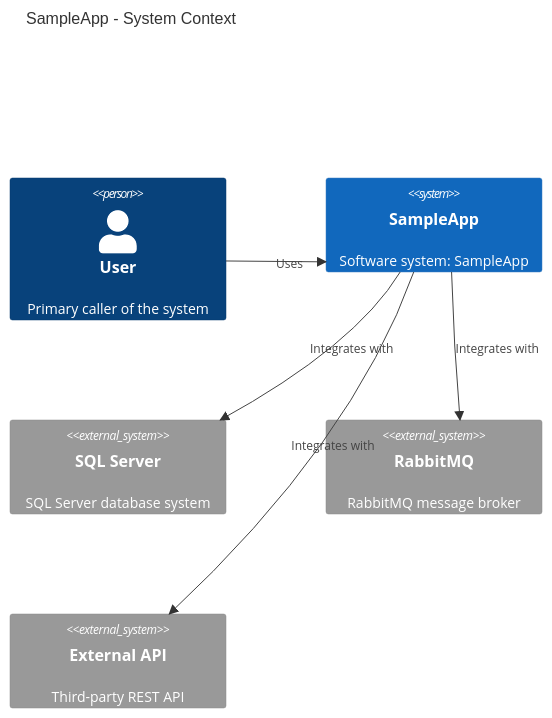
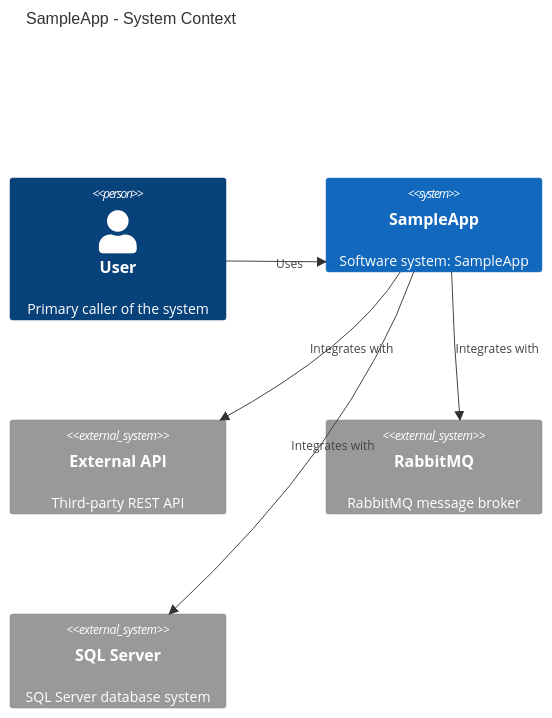
The diagram in docs/diagrams/c4-context.md (HeWhoRoams/AppDoc), drawn with Mermaid before and after one commit. The commit also changed other lines of this file and 53 other files, not shown here.

````diff
--- a/docs/diagrams/c4-context.md
+++ b/docs/diagrams/c4-context.md
@@ -13,13 +13,13 @@
 ```mermaid
 C4Context
 title SampleApp - System Context
 Person(user, "User", "Primary caller of the system")
 System(sampleapp, "SampleApp", "Software system: SampleApp")
 Rel(user, sampleapp, "Uses")
+System_Ext(external_api, "External API", "Third-party REST API")
+Rel(sampleapp, external_api, "Integrates with")
+System_Ext(mq_rabbitmq, "RabbitMQ", "RabbitMQ message broker")
+Rel(sampleapp, mq_rabbitmq, "Integrates with")
 System_Ext(database_sql_server, "SQL Server", "SQL Server database system")
 Rel(sampleapp, database_sql_server, "Integrates with")
-System_Ext(mq_rabbitmq, "RabbitMQ", "RabbitMQ message broker")
-Rel(sampleapp, mq_rabbitmq, "Integrates with")
-System_Ext(external_api, "External API", "Third-party REST API")
-Rel(sampleapp, external_api, "Integrates with")
 ```
````
